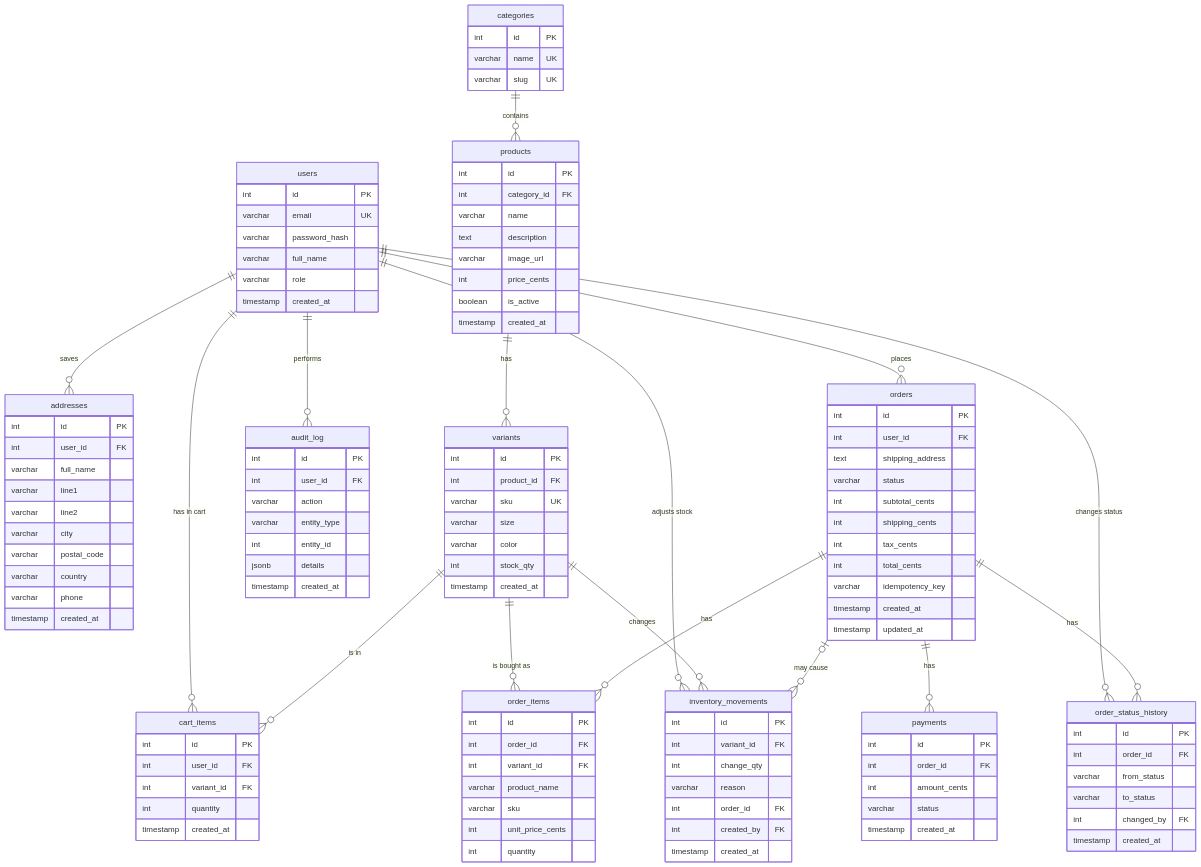
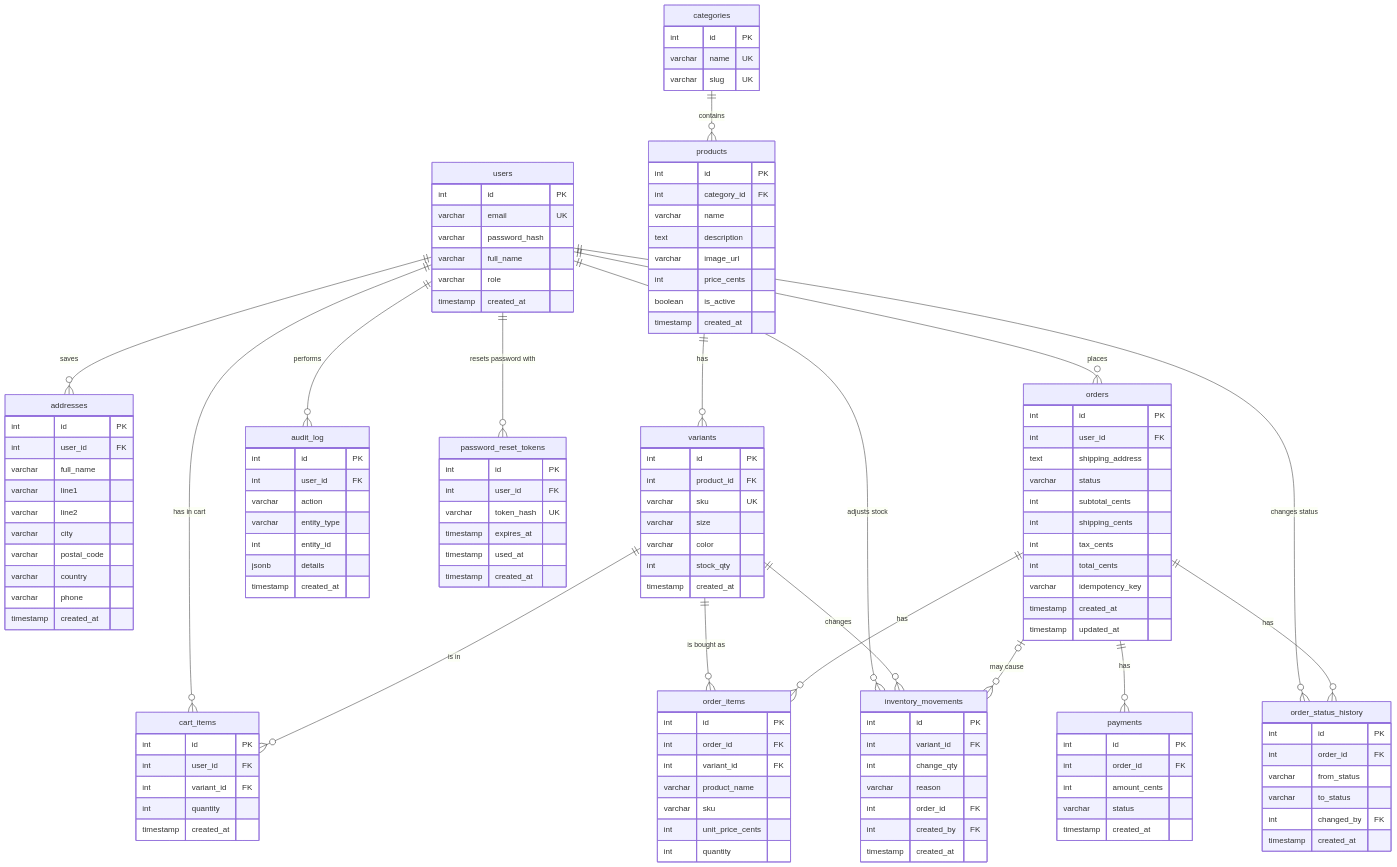
Before and after one commit to Simranjaswal123/ThreadNest: the second of 2 diagrams in README.md, drawn with Mermaid. The commit also changed other lines of this file, not shown here.

Commit message:
docs: describe password reset and the new table in the readme

```diff
--- a/README.md
+++ b/README.md
@@ -160,6 +160,7 @@
   users ||--o{ order_status_history : "changes status"
   users ||--o{ inventory_movements : "adjusts stock"
   users ||--o{ audit_log : "performs"
+  users ||--o{ password_reset_tokens : "resets password with"
   categories ||--o{ products : "contains"
   products ||--o{ variants : "has"
   variants ||--o{ cart_items : "is in"
@@ -267,6 +268,14 @@
     int created_by FK
     timestamp created_at
   }
+  password_reset_tokens {
+    int id PK
+    int user_id FK
+    varchar token_hash UK
+    timestamp expires_at
+    timestamp used_at
+    timestamp created_at
+  }
   audit_log {
     int id PK
     int user_id FK
```
